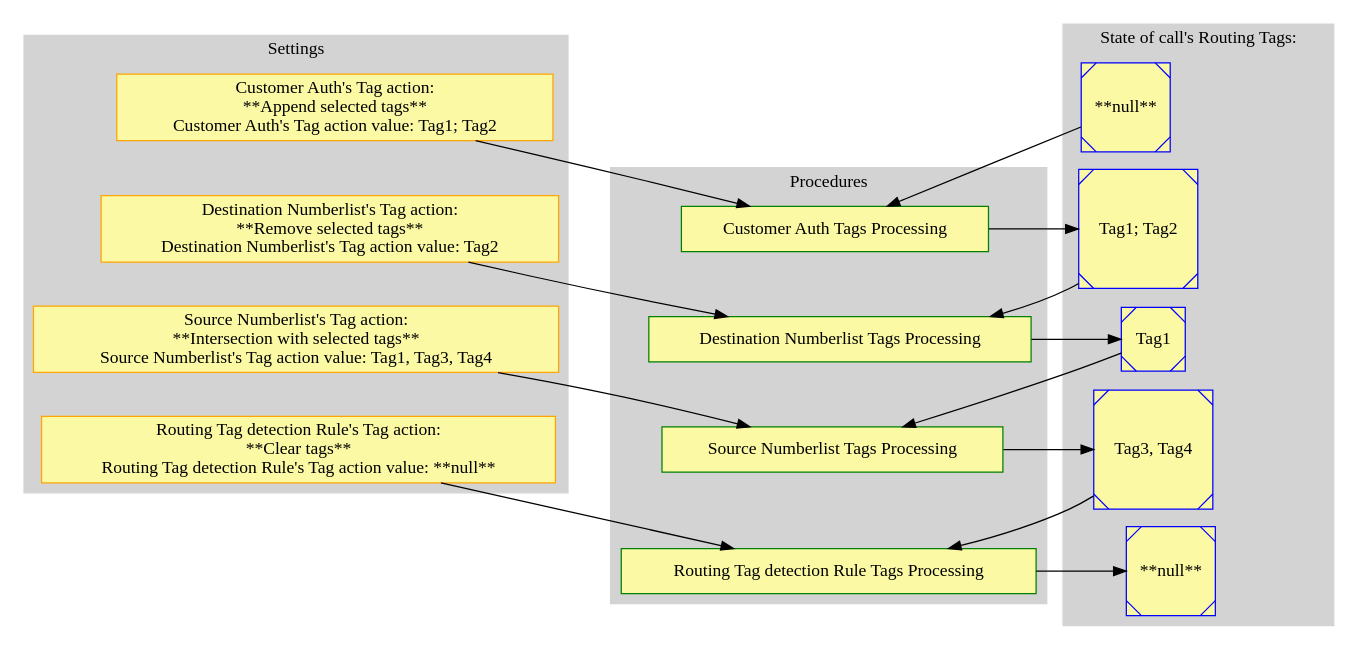
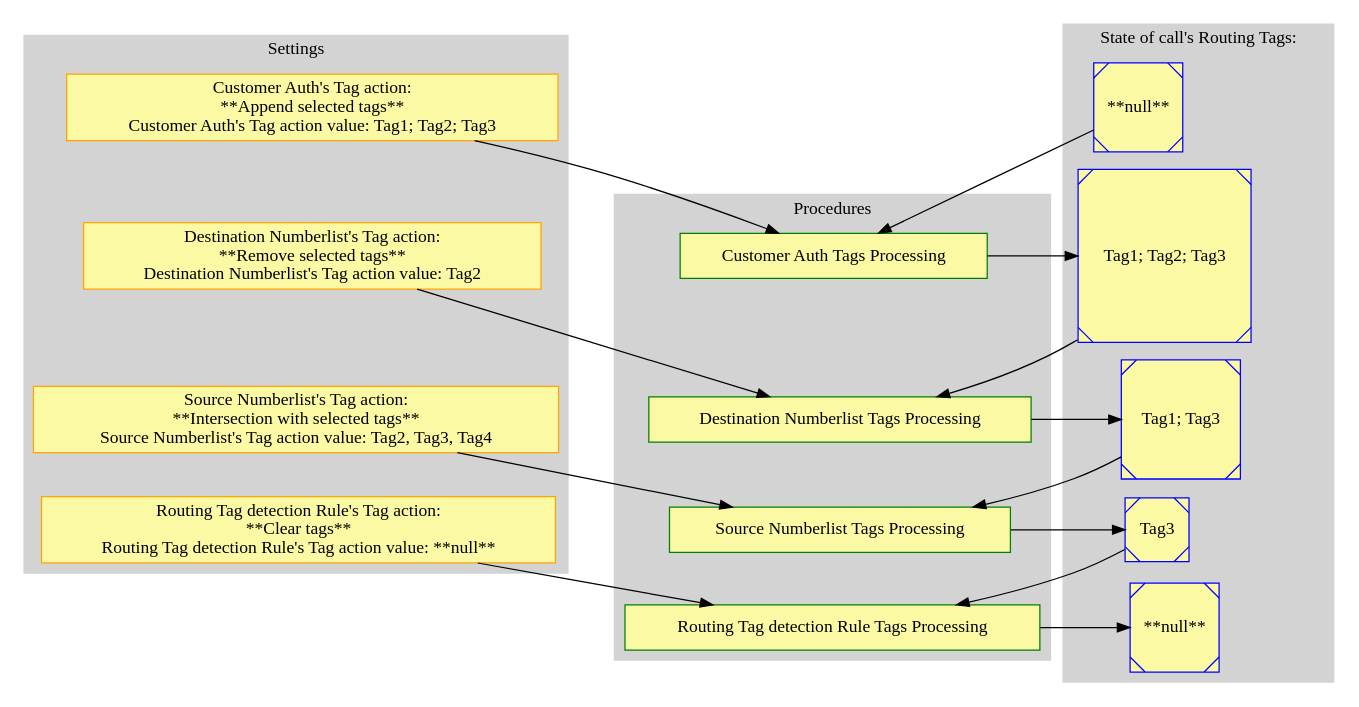
Before and after one commit to yeti-switch/doc: the diagram in docs/en/graphviz/routing_tags.dot, drawn with Graphviz. The commit also changed 2 other files, not shown here.

```diff
--- a/docs/en/graphviz/routing_tags.dot
+++ b/docs/en/graphviz/routing_tags.dot
@@ -1,77 +1,77 @@
 digraph General {
 
     node [style=filled; fillcolor="#FCF9A5"];
     graph [nodesep=1, ranksep=0.2, mindist=0.5];
 
     subgraph cluster_Settings {
         style=filled;
         color=lightgrey;
         node [style=filled,color=orange];
 
-        s_1 [label = "Customer Auth's Tag action: \n **Append selected tags** \n Customer Auth's Tag action value: Tag1; Tag2"; shape=box; sides=4];
+        s_1 [label = "Customer Auth's Tag action: \n **Append selected tags** \n Customer Auth's Tag action value: Tag1; Tag2; Tag3"; shape=box; sides=4];
 
         s_2 [label = "Destination Numberlist's Tag action: \n **Remove selected tags** \n Destination Numberlist's Tag action value: Tag2"; shape=box; sides=4];
 
-        s_3 [label = "Source Numberlist's Tag action: \n **Intersection with selected tags** \n Source Numberlist's Tag action value: Tag1, Tag3, Tag4"; shape=box; sides=4];
+        s_3 [label = "Source Numberlist's Tag action: \n **Intersection with selected tags** \n Source Numberlist's Tag action value: Tag2, Tag3, Tag4"; shape=box; sides=4];
 
         s_4 [label = "Routing Tag detection Rule's Tag action: \n **Clear tags** \n Routing Tag detection Rule's Tag action value: **null**"; shape=box; sides=4];
 
         s_1 -> s_2 [style=invis];
         s_2 -> s_3 [style=invis];
         s_3 -> s_4 [style=invis];
 
         label = "Settings";
     }
 
     subgraph cluster_Procedure {
         style=filled;
         color=lightgrey;
         node [style=filled,color=green];
 
         p_1 [label = "Customer Auth Tags Processing"; shape=box; sides=4];
         p_2 [label = "Destination Numberlist Tags Processing"; shape=box; sides=4];
         p_3 [label = "Source Numberlist Tags Processing"; shape=box; sides=4];
         p_4 [label = "Routing Tag detection Rule Tags Processing"; shape=box; sides=4];
 
         p_1 -> p_2 [style=invis];
         p_2 -> p_3 [style=invis];
         p_3 -> p_4 [style=invis];
         label = "Procedures";
     }
 
     subgraph cluster_RT {
         style=filled;
         color=lightgrey;
         node [style=filled,color=blue];
 
         rt_1 [label = "**null**"; shape=Msquare; sides=4];
-        rt_2 [label = "Tag1; Tag2"; shape=Msquare; sides=4];
-        rt_3 [label = "Tag1"; shape=Msquare; sides=4];
-        rt_4 [label = "Tag3, Tag4"; shape=Msquare; sides=4];
+        rt_2 [label = "Tag1; Tag2; Tag3"; shape=Msquare; sides=4];
+        rt_3 [label = "Tag1; Tag3"; shape=Msquare; sides=4];
+        rt_4 [label = "Tag3"; shape=Msquare; sides=4];
         rt_5 [label = "**null**"; shape=Msquare; sides=4];
 
         rt_1 -> rt_2 [style=invis];
         rt_2 -> rt_3 [style=invis];
         rt_3 -> rt_4 [style=invis];
         rt_4 -> rt_5 [style=invis];
 
         label = "State of call's Routing Tags:";
     }
 
     rt_1 -> p_1;
     s_1 -> p_1;
     p_1 -> rt_2;
 
     rt_2 -> p_2;
     s_2 -> p_2;
     p_2 -> rt_3;
 
     rt_3 -> p_3;
     s_3 -> p_3;
     p_3 -> rt_4;
 
     rt_4 -> p_4;
     s_4 -> p_4;
     p_4 -> rt_5;
 
 }
```
